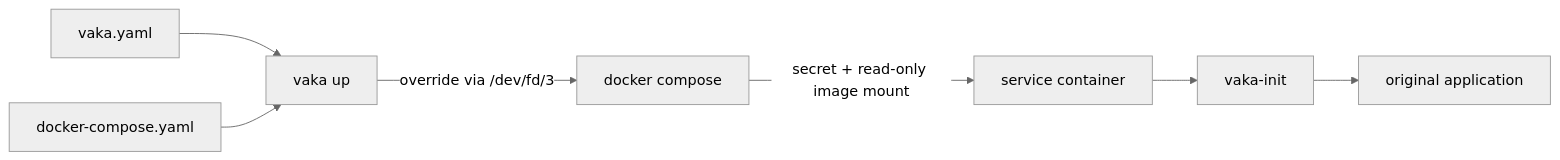
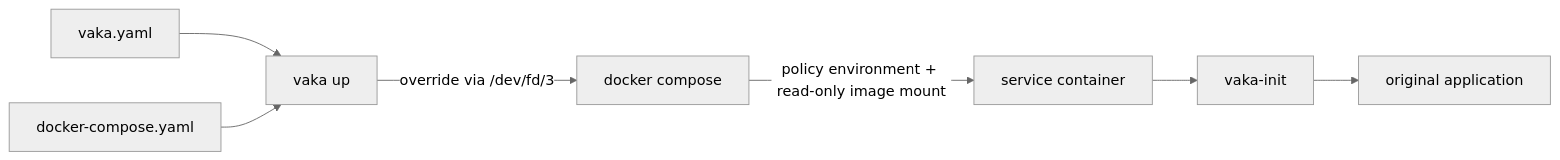
One commit to infrasecture/vaka changed the diagram in docs/how-it-works.md. Above: the diagram before and after it, drawn with Mermaid (neutral theme). The commit also changed other lines of this file and 4 other files, not shown here.

````diff
--- a/docs/how-it-works.md
+++ b/docs/how-it-works.md
@@ -7,9 +7,9 @@
 ```mermaid
 flowchart LR
     vf["vaka.yaml"] --> cli["vaka up"]
     cf["docker-compose.yaml"] --> cli
     cli -- "override via /dev/fd/3" --> dc["docker compose"]
-    dc -- "secret + read-only image mount" --> c["service container"]
+    dc -- "policy environment + read-only image mount" --> c["service container"]
     c --> init["vaka-init"]
     init --> app["original application"]
 ```
````
